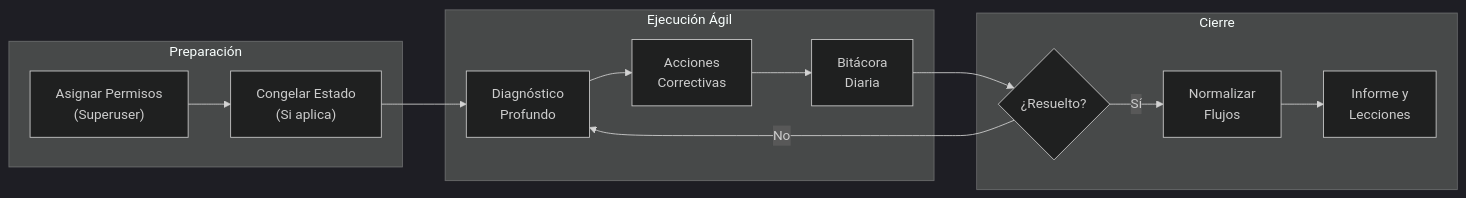
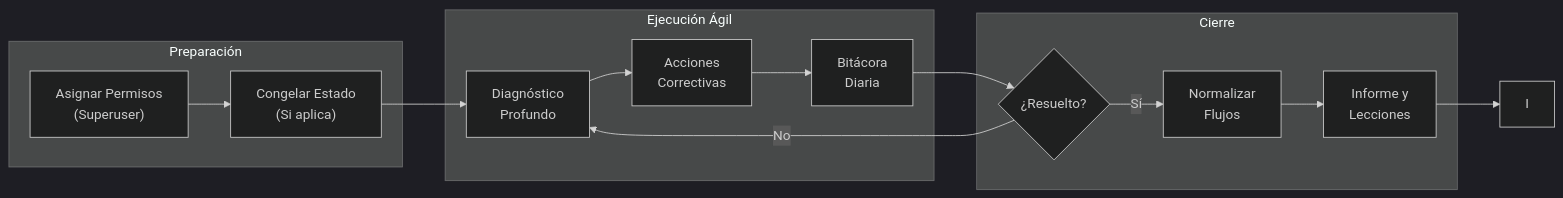
One commit to felix-antonio-sl/gore_os changed the third of 3 diagrams in docs/blueprint/domains/domain_fenix.md. Above: the diagram before and after it, drawn with Mermaid (dark theme). The commit also changed other lines of this file and 26 other files, not shown here.

````diff
--- a/docs/blueprint/domains/domain_fenix.md
+++ b/docs/blueprint/domains/domain_fenix.md
@@ -153,23 +158,23 @@
 ```mermaid
 flowchart LR
     subgraph PRE["Preparación"]
         A["Asignar Permisos<br/>(Superuser)"]
         B["Congelar Estado<br/>(Si aplica)"]
     end
 
     subgraph EXEC["Ejecución Ágil"]
         C["Diagnóstico<br/>Profundo"]
         D["Acciones<br/>Correctivas"]
         E["Bitácora<br/>Diaria"]
     end
 
     subgraph POST["Cierre"]
         F{"¿Resuelto?"}
         G["Normalizar<br/>Flujos"]
         H["Informe y<br/>Lecciones"]
     end
 
     A --> B --> C --> D --> E --> F
     F -->|"No"| C
-    F -->|"Sí"| G --> H
+    F -->|"Sí"| G --> H --> I
 ```
````
